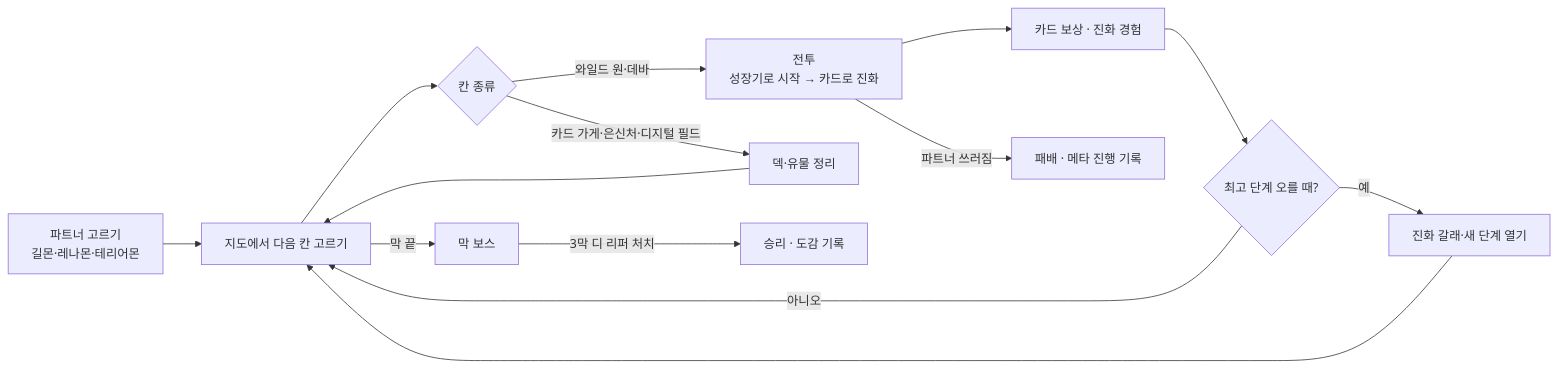
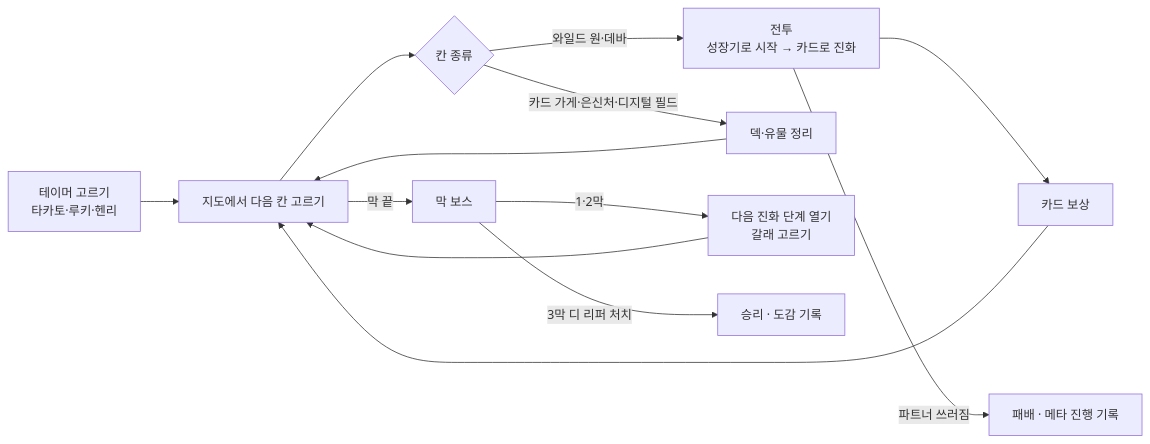
The first of 2 diagrams in docs/01_GAME_DESIGN_DRAFT.md (aud9855/digimon-tamers-blue-card), drawn with Mermaid before and after one commit. The commit also changed other lines of this file and 1 other file, not shown here.

First line of the commit message:
기획 초안 열린 질문 결정 반영 (원작 테이머, 모바일 먼저, 20~30분)

````diff
--- a/docs/01_GAME_DESIGN_DRAFT.md
+++ b/docs/01_GAME_DESIGN_DRAFT.md
@@ -47,16 +77,15 @@
 ```mermaid
 flowchart LR
-    A[파트너 고르기<br/>길몬·레나몬·테리어몬] --> B[지도에서 다음 칸 고르기]
+    A[테이머 고르기<br/>타카토·루키·헨리] --> B[지도에서 다음 칸 고르기]
     B --> C{칸 종류}
     C -->|와일드 원·데바| D[전투<br/>성장기로 시작 → 카드로 진화]
     C -->|카드 가게·은신처·디지털 필드| E[덱·유물 정리]
-    D --> F[카드 보상 · 진화 경험]
-    F --> G{최고 단계 오를 때?}
-    G -->|예| H[진화 갈래·새 단계 열기]
-    G -->|아니오| B
-    H --> B
+    D --> F[카드 보상]
+    F --> B
     E --> B
     B -->|막 끝| I[막 보스]
+    I -->|1·2막| H[다음 진화 단계 열기<br/>갈래 고르기]
+    H --> B
     I -->|3막 디 리퍼 처치| J[승리 · 도감 기록]
     D -->|파트너 쓰러짐| K[패배 · 메타 진행 기록]
 ```
````
